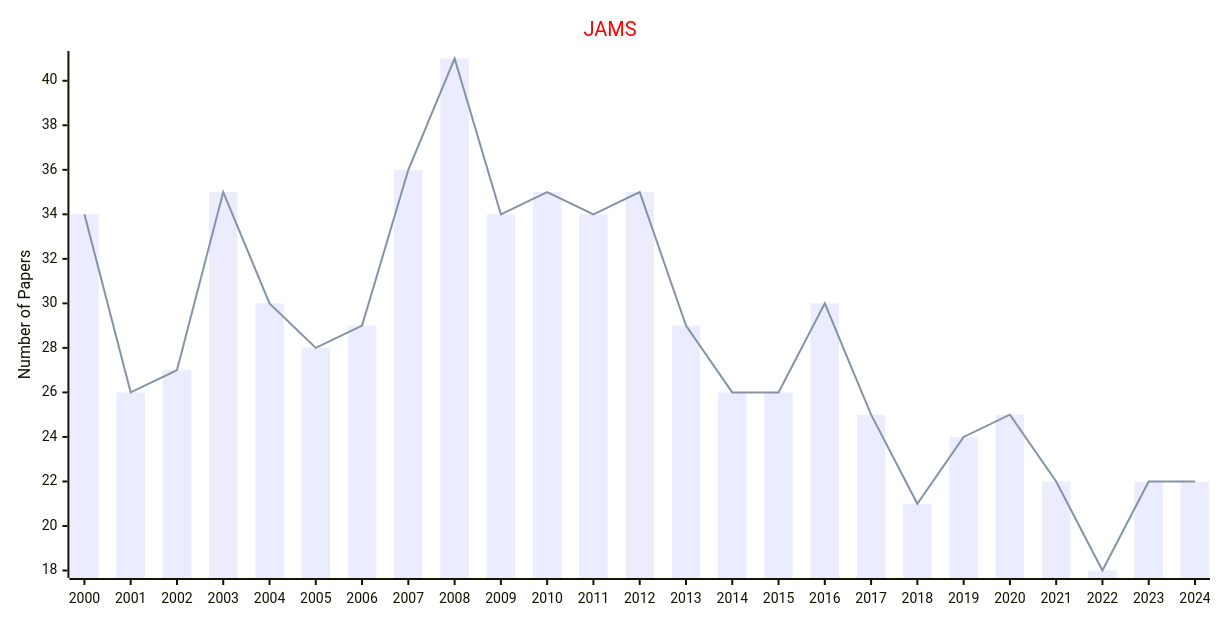
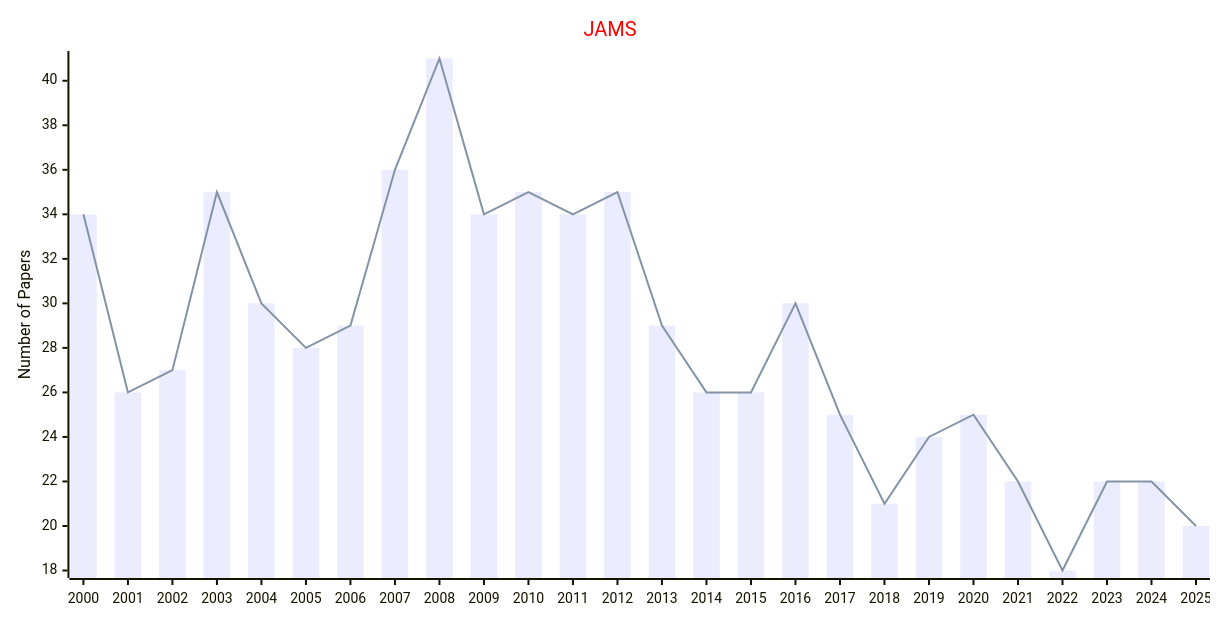
The second of 3 diagrams in docs/data/Journals/Publishers_Journals/AMS.md (Easy-PhD/AILinks), drawn with Mermaid before and after one commit. The commit also changed other lines of this file and 107 other files, not shown here.

````diff
--- a/docs/data/Journals/Publishers_Journals/AMS.md
+++ b/docs/data/Journals/Publishers_Journals/AMS.md
@@ -35,17 +35,17 @@
 ```mermaid
 ---
 config:
     xyChart:
         width: 1200
         height: 600
     themeVariables:
         xyChart:
             titleColor: "#ff0000"
 ---
 xychart-beta
     title "JAMS"
-    x-axis [2000, 2001, 2002, 2003, 2004, 2005, 2006, 2007, 2008, 2009, 2010, 2011, 2012, 2013, 2014, 2015, 2016, 2017, 2018, 2019, 2020, 2021, 2022, 2023, 2024]
+    x-axis [2000, 2001, 2002, 2003, 2004, 2005, 2006, 2007, 2008, 2009, 2010, 2011, 2012, 2013, 2014, 2015, 2016, 2017, 2018, 2019, 2020, 2021, 2022, 2023, 2024, 2025]
     y-axis "Number of Papers"
-    bar [34, 26, 27, 35, 30, 28, 29, 36, 41, 34, 35, 34, 35, 29, 26, 26, 30, 25, 21, 24, 25, 22, 18, 22, 22]
-    line [34, 26, 27, 35, 30, 28, 29, 36, 41, 34, 35, 34, 35, 29, 26, 26, 30, 25, 21, 24, 25, 22, 18, 22, 22]
+    bar [34, 26, 27, 35, 30, 28, 29, 36, 41, 34, 35, 34, 35, 29, 26, 26, 30, 25, 21, 24, 25, 22, 18, 22, 22, 20]
+    line [34, 26, 27, 35, 30, 28, 29, 36, 41, 34, 35, 34, 35, 29, 26, 26, 30, 25, 21, 24, 25, 22, 18, 22, 22, 20]
 ```
````
